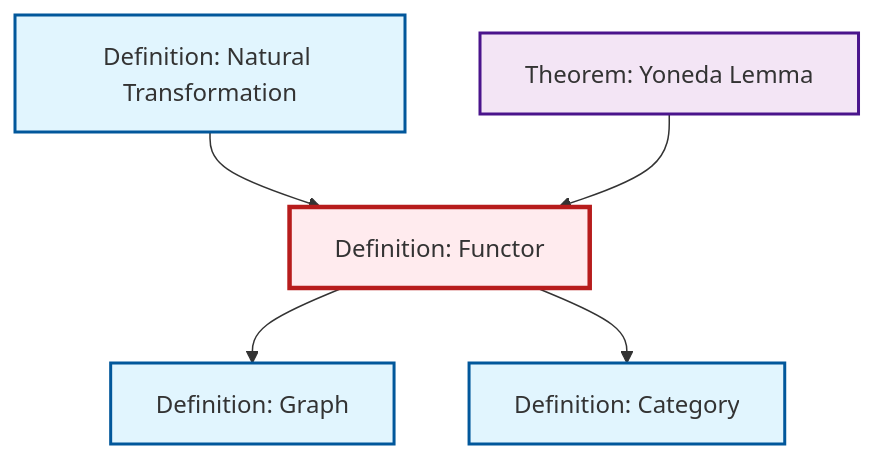
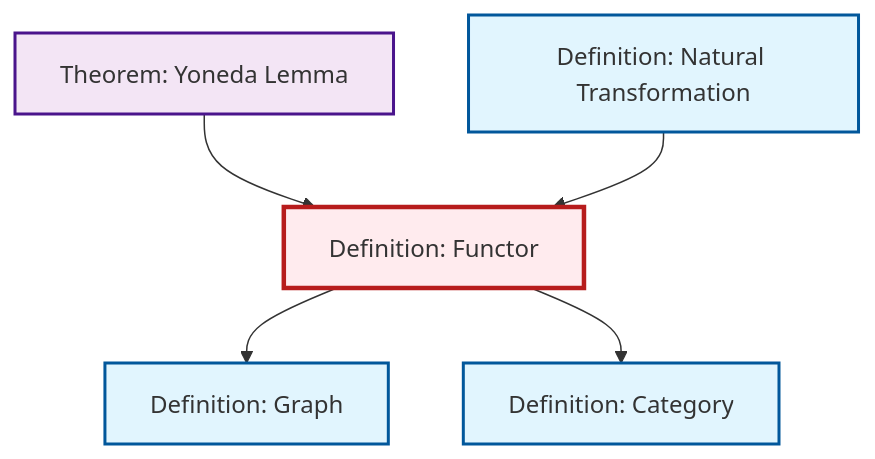
Before and after one commit to RK0429/ModernMath: the diagram in content/en/category-theory/def-functor.qmd, drawn with Mermaid. The commit also changed other lines of this file and 474 other files, not shown here.

````diff
--- a/content/en/category-theory/def-functor.qmd
+++ b/content/en/category-theory/def-functor.qmd
@@ -49,23 +49,23 @@
 ```{mermaid}
 %%| fig-cap: "Local dependency graph"
 graph TD
     classDef definition fill:#e1f5fe,stroke:#01579b,stroke-width:2px
     classDef theorem fill:#f3e5f5,stroke:#4a148c,stroke-width:2px
     classDef axiom fill:#fff3e0,stroke:#e65100,stroke-width:2px
     classDef example fill:#e8f5e9,stroke:#1b5e20,stroke-width:2px
     classDef current fill:#ffebee,stroke:#b71c1c,stroke-width:3px
-    def-category["Definition: Category"]:::definition
-    def-graph["Definition: Graph"]:::definition
     def-functor["Definition: Functor"]:::definition
     thm-yoneda["Theorem: Yoneda Lemma"]:::theorem
     def-natural-transformation["Definition: Natural Transformation"]:::definition
+    def-graph["Definition: Graph"]:::definition
+    def-category["Definition: Category"]:::definition
     def-functor --> def-graph
-    def-natural-transformation --> def-functor
     def-functor --> def-category
     thm-yoneda --> def-functor
+    def-natural-transformation --> def-functor
     class def-functor current
-    click def-category "def-category.html" "Go to Category definition"
-    click def-graph "def-graph.html" "Go to Graph definition"
     click thm-yoneda "thm-yoneda.html" "Go to Yoneda Lemma theorem"
     click def-natural-transformation "def-natural-transformation.html" "Go to Natural Transformation definition"
+    click def-graph "def-graph.html" "Go to Graph definition"
+    click def-category "def-category.html" "Go to Category definition"
 ```
````
